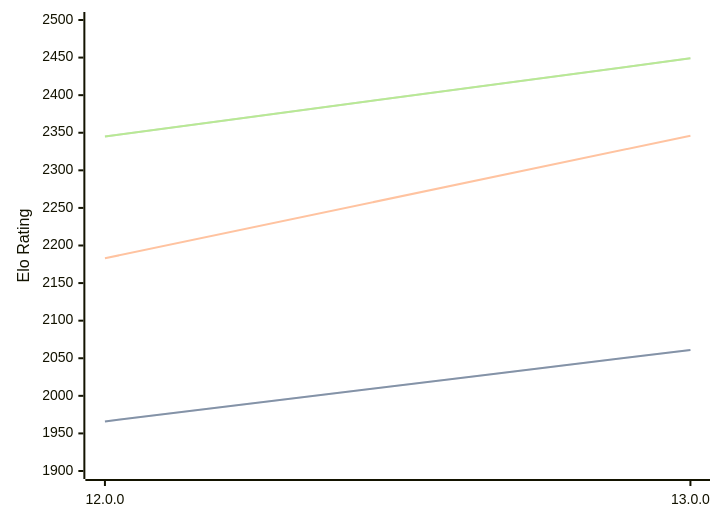
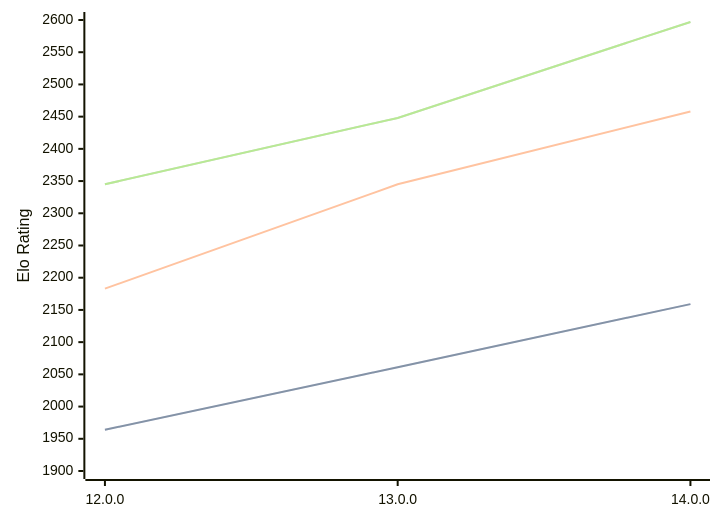
Before and after one commit to computer-chess-index/cci: the diagram in engines/Cepimetheus.md, drawn with Mermaid. The commit also changed other lines of this file, not shown here.

Commit message:
Update CCI Ratings (ELO VLTC) - 2026-07-31

````diff
--- a/engines/Cepimetheus.md
+++ b/engines/Cepimetheus.md
@@ -65,11 +65,11 @@
 ```mermaid
 %%{init: {"theme":"base","themeVariables":{"seriesColors:['#a3a3a3','#222221','#faa371']}}}%%
 xychart-beta
-  x-axis ["12.0.0", "13.0.0"]
-  y-axis "Elo Rating" 1900 --> 2500
-  line "STC (8.0+0.08s)" [1966, 2061]
-  line "STC (8.0+0.08s)" [1966, 2061]
-  line "LTC (60.0+0.60s)" [2183, 2346]
-  line "VLTC (2m24s+1.12s)" [2345, 2449]
-  line "VLTC (2m24s+1.12s)" [2345, 2449]
+  x-axis ["12.0.0", "13.0.0", "14.0.0"]
+  y-axis "Elo Rating" 1900 --> 2600
+  line "STC (8.0+0.08s)" [1964, 2061, 2159]
+  line "STC (8.0+0.08s)" [1964, 2061, 2159]
+  line "LTC (60.0+0.60s)" [2183, 2345, 2458]
+  line "VLTC (2m24s+1.12s)" [2345, 2448, 2597]
+  line "VLTC (2m24s+1.12s)" [2345, 2448, 2597]
 ```
````
